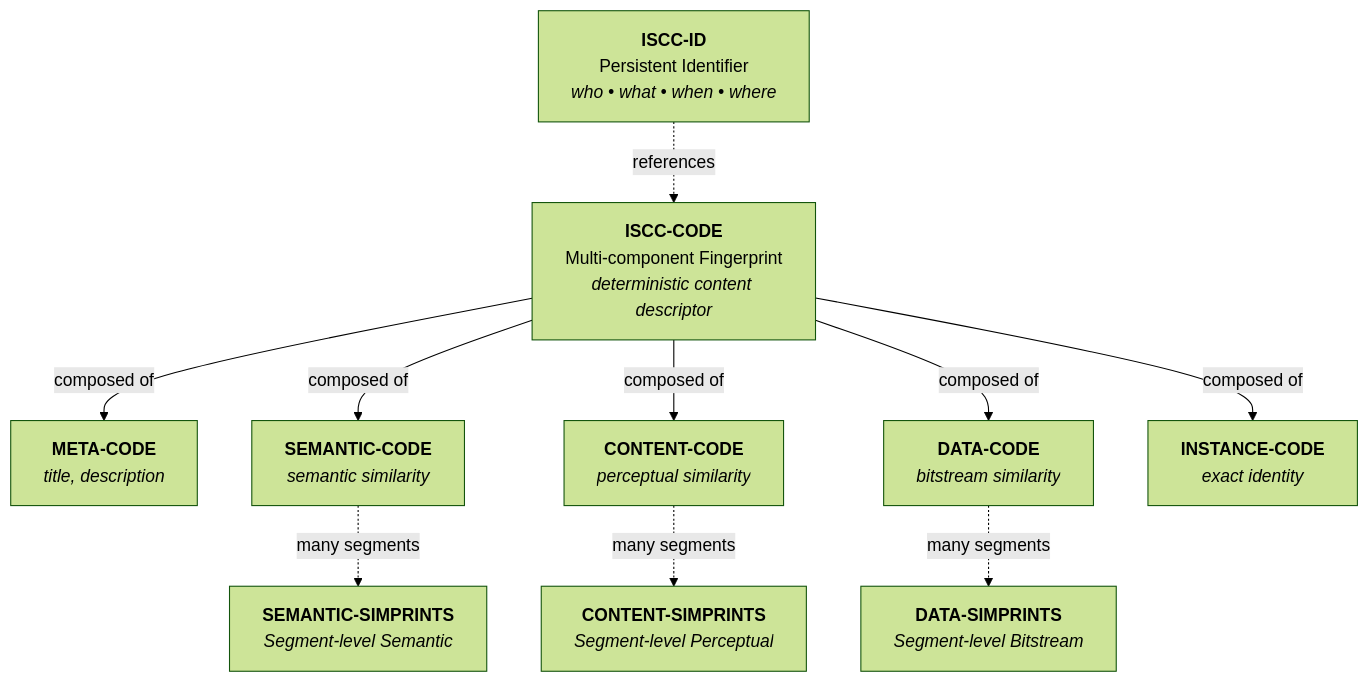
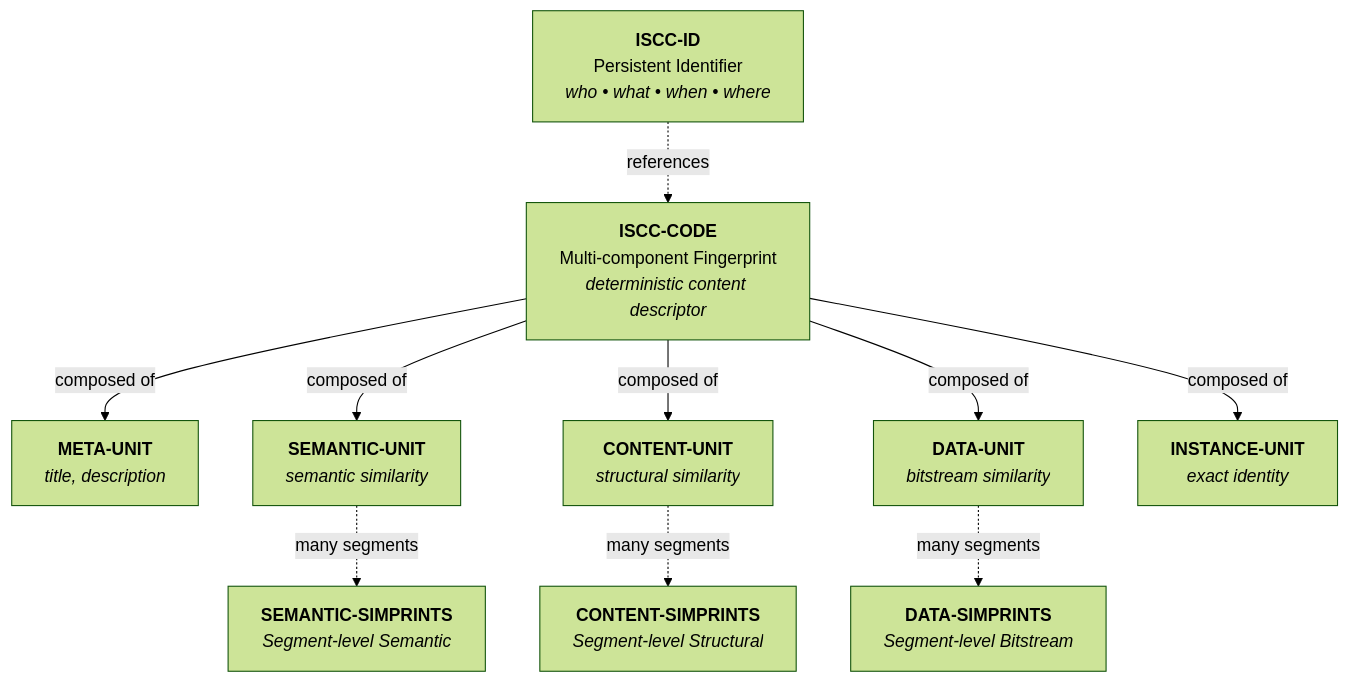
The diagram in docs/concept.md (iscc/iscc-search), drawn with Mermaid (forest theme) before and after one commit. The commit also changed other lines of this file, not shown here.

````diff
--- a/docs/concept.md
+++ b/docs/concept.md
@@ -27,22 +31,22 @@
 ```mermaid
 graph TB
     ID[<b>ISCC-ID</b><br/>Persistent Identifier<br/><i>who • what • when • where</i>]
 
 CODE[<b>ISCC-CODE</b><br/>Multi-component Fingerprint<br/><i>deterministic content descriptor</i>]
 
-META[<b>META-CODE</b><br/><i>title, description</i>]
-SEMANTIC[<b>SEMANTIC-CODE</b><br/><i>semantic similarity</i>]
-CONTENT[<b>CONTENT-CODE</b><br/><i>perceptual similarity</i>]
-DATA[<b>DATA-CODE</b><br/><i>bitstream similarity</i>]
-INSTANCE[<b>INSTANCE-CODE</b><br/><i>exact identity</i>]
+META[<b>META-UNIT</b><br/><i>title, description</i>]
+SEMANTIC[<b>SEMANTIC-UNIT</b><br/><i>semantic similarity</i>]
+CONTENT[<b>CONTENT-UNIT</b><br/><i>structural similarity</i>]
+DATA[<b>DATA-UNIT</b><br/><i>bitstream similarity</i>]
+INSTANCE[<b>INSTANCE-UNIT</b><br/><i>exact identity</i>]
 
 SEM_SIM[<b>SEMANTIC-SIMPRINTS</b><br/><i>Segment-level Semantic</i>]
-CON_SIM[<b>CONTENT-SIMPRINTS</b><br/><i>Segment-level Perceptual</i>]
+CON_SIM[<b>CONTENT-SIMPRINTS</b><br/><i>Segment-level Structural</i>]
 DAT_SIM[<b>DATA-SIMPRINTS</b><br/><i>Segment-level Bitstream</i>]
 
 ID -.->|references|CODE
 CODE -->|composed of| META & SEMANTIC & CONTENT & DATA & INSTANCE
 SEMANTIC -.->|many segments|SEM_SIM
 CONTENT -.-> |many segments|CON_SIM
 DATA -.->|many segments|DAT_SIM
 ```
````
